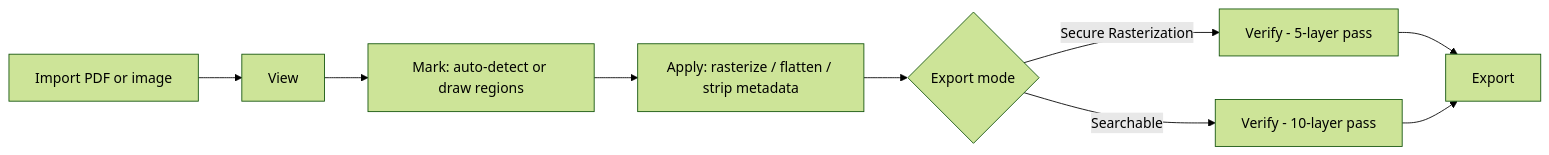
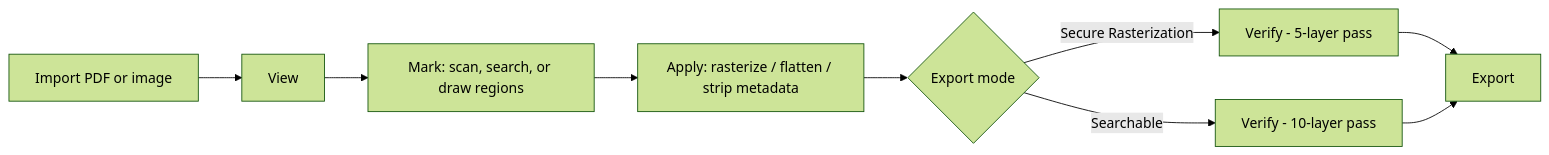
One commit to Merlin1A/resecta changed the diagram in README.md. Above: the diagram before and after it, drawn with Mermaid (forest theme). The commit also changed other lines of this file and 13 other files, not shown here.

````diff
--- a/README.md
+++ b/README.md
@@ -39,11 +39,11 @@
 ```mermaid
 flowchart LR
   A[Import PDF or image] --> B[View]
-  B --> C[Mark: auto-detect or draw regions]
+  B --> C[Mark: scan, search, or draw regions]
   C --> D[Apply: rasterize / flatten / strip metadata]
   D --> E{Export mode}
   E -->|Secure Rasterization| F[Verify - 5-layer pass]
   E -->|Searchable| G[Verify - 10-layer pass]
   F --> H[Export]
   G --> H[Export]
 ```
````
